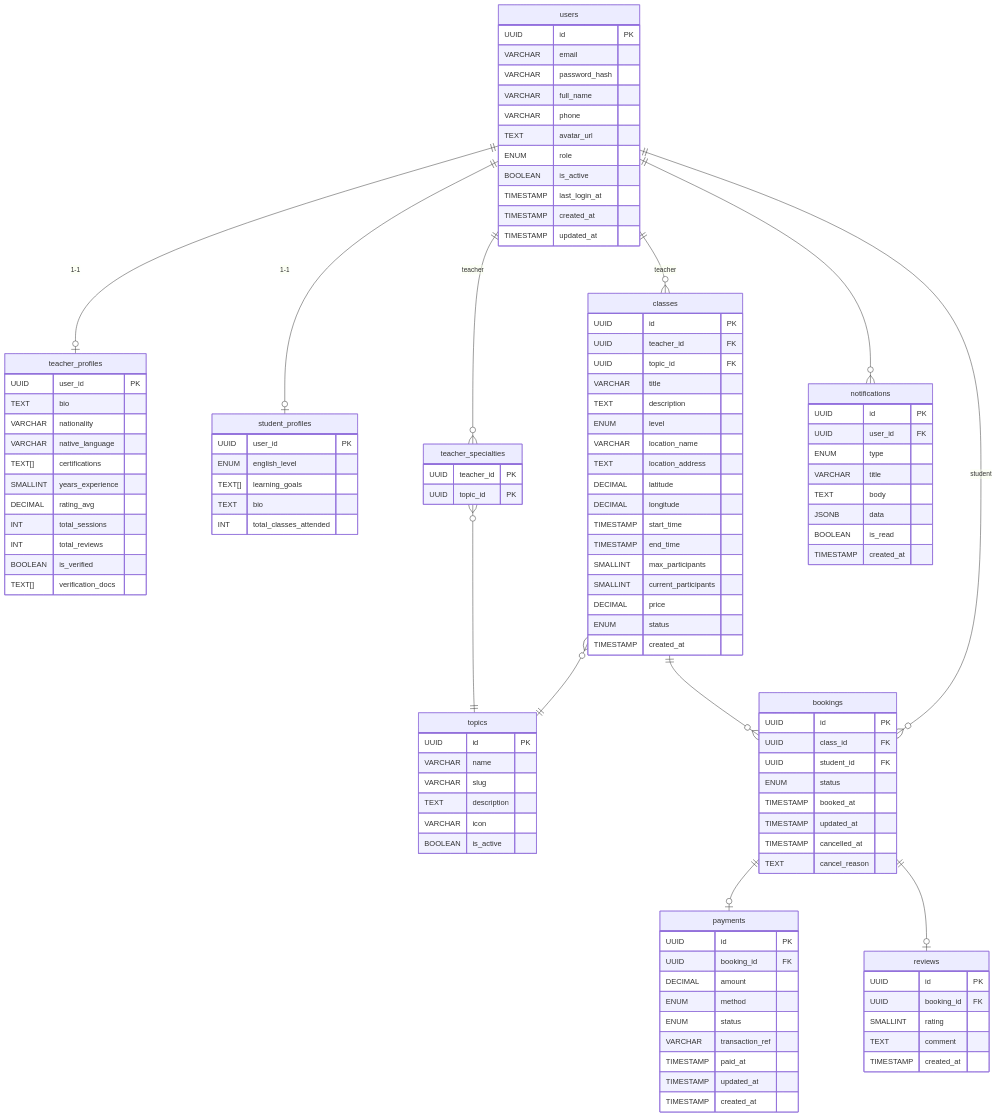
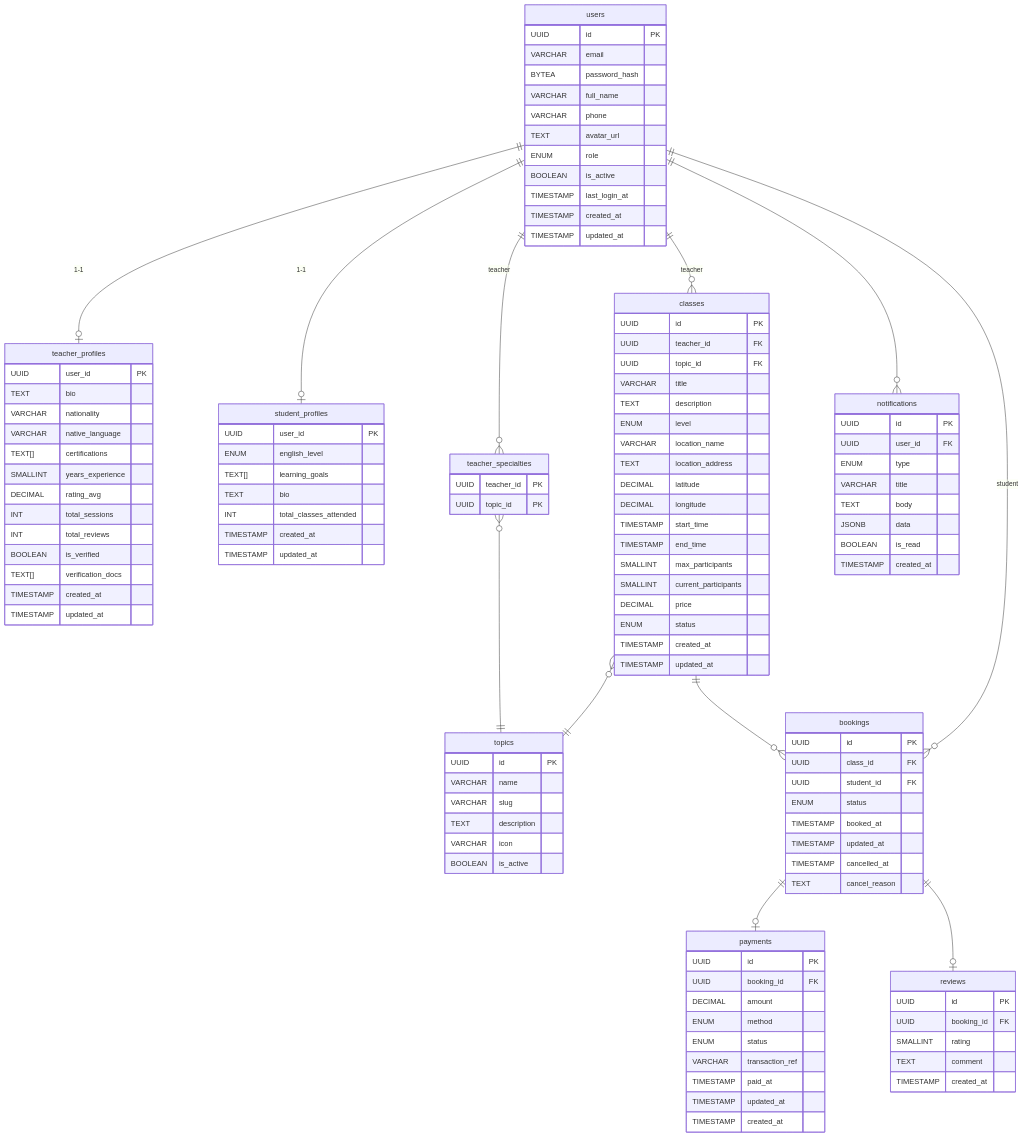
The diagram in docs/erd.md (luongnc2k/econnect), drawn with Mermaid before and after one commit. The commit also changed other lines of this file, not shown here.

Commit message:
docs(erd): fix password_hash type and add missing timestamps
- password_hash: VARCHAR → BYTEA (bcrypt returns bytes)
- teacher_profiles, student_profiles: add created_at, updated_at
- classes: add updated_at

```diff
--- a/docs/erd.md
+++ b/docs/erd.md
@@ -13,7 +13,7 @@
     users {
         UUID id PK
         VARCHAR email
-        VARCHAR password_hash
+        BYTEA password_hash
         VARCHAR full_name
         VARCHAR phone
         TEXT avatar_url
@@ -36,6 +36,8 @@
         INT total_reviews
         BOOLEAN is_verified
         TEXT[] verification_docs
+        TIMESTAMP created_at
+        TIMESTAMP updated_at
     }
 
     student_profiles {
@@ -44,6 +46,8 @@
         TEXT[] learning_goals
         TEXT bio
         INT total_classes_attended
+        TIMESTAMP created_at
+        TIMESTAMP updated_at
     }
 
     topics {
@@ -78,6 +82,7 @@
         DECIMAL price
         ENUM status
         TIMESTAMP created_at
+        TIMESTAMP updated_at
     }
 
     bookings {
```
